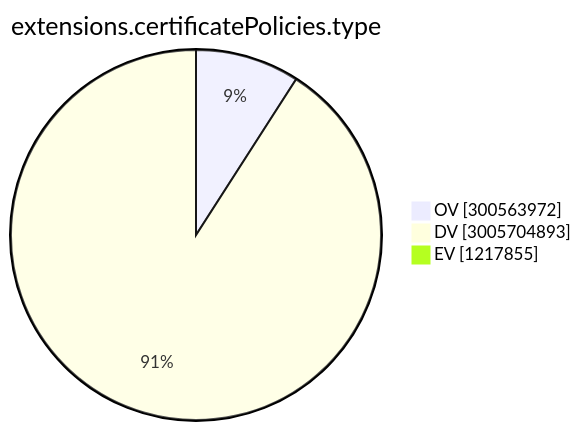
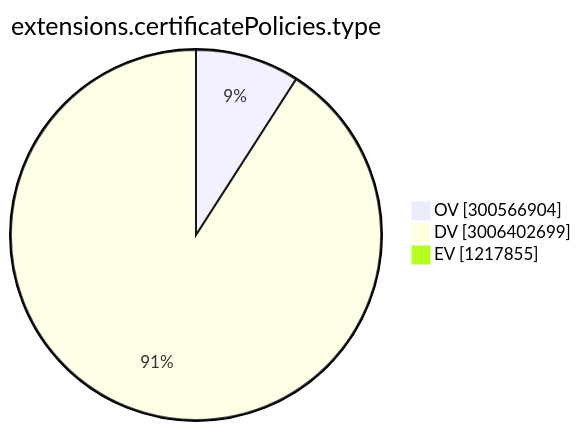
One commit to christiankrug/ctmonitor_visualization changed the ninth of 15 diagrams in TOTAL/README.md. Above: the diagram before and after it, drawn with Mermaid. The commit also changed other lines of this file, not shown here.

````diff
--- a/TOTAL/README.md
+++ b/TOTAL/README.md
@@ -3102,7 +3102,7 @@
 ```mermaid
 pie showData
 title extensions.certificatePolicies.type
-"OV" :300563972
-"DV" :3005704893
+"OV" :300566904
+"DV" :3006402699
 "EV" :1217855
 ```
````
